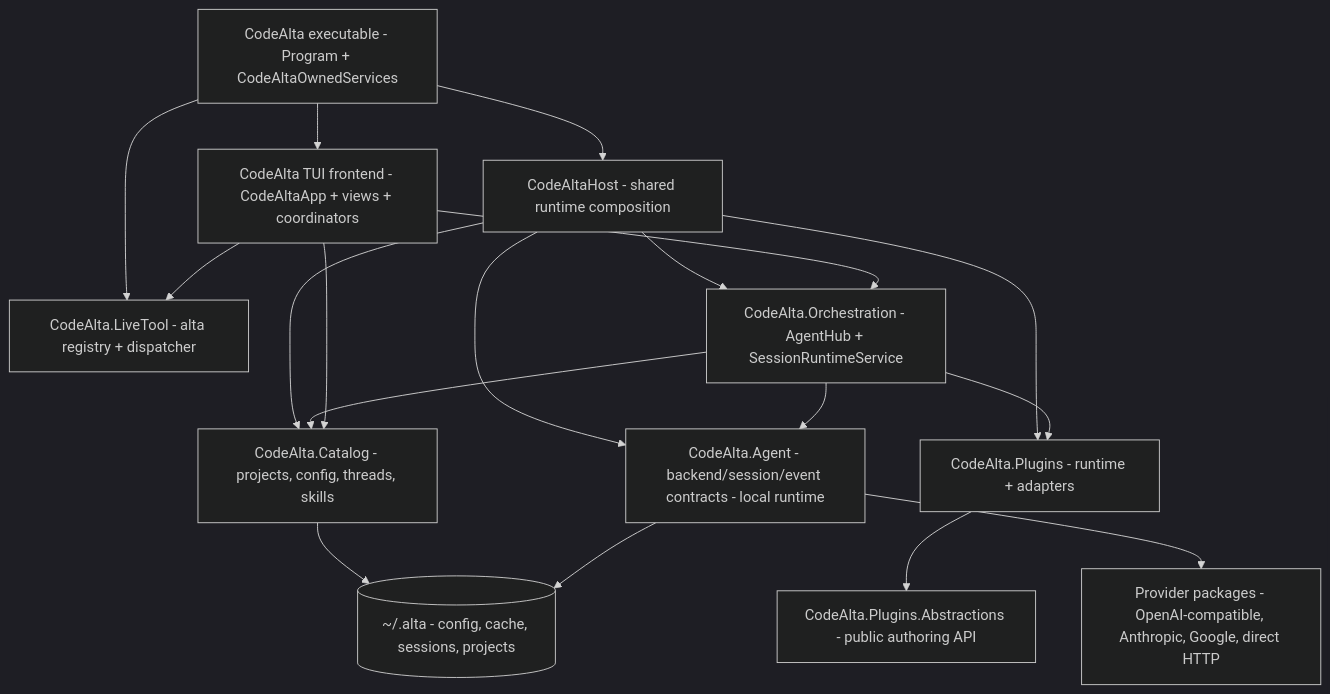
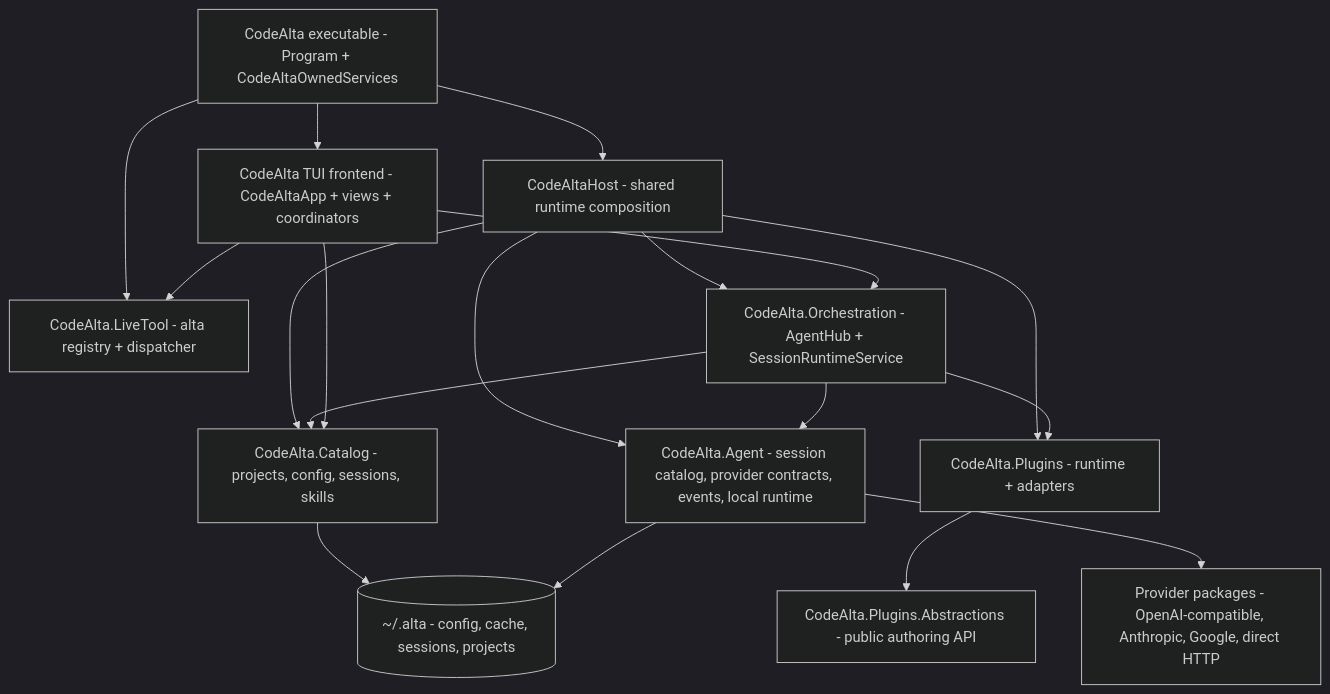
Before and after one commit to DavidAlphaFox/CodeAlta: the diagram in doc/readme.md, drawn with Mermaid (dark theme). The commit also changed other lines of this file and 80 other files, not shown here.

Commit message:
Update doc provider session terminology

````diff
--- a/doc/readme.md
+++ b/doc/readme.md
@@ -25,32 +25,32 @@
 ```mermaid
 flowchart TD
     Program[CodeAlta executable - Program + CodeAltaOwnedServices]
     Host[CodeAltaHost - shared runtime composition]
     Frontend[CodeAlta TUI frontend - CodeAltaApp + views + coordinators]
     LiveTool[CodeAlta.LiveTool - alta registry + dispatcher]
     Orchestration[CodeAlta.Orchestration - AgentHub + SessionRuntimeService]
-    Agent[CodeAlta.Agent - backend/session/event contracts - local runtime]
+    Agent[CodeAlta.Agent - session catalog, provider contracts, events, local runtime]
     Providers[Provider packages - OpenAI-compatible, Anthropic, Google, direct HTTP]
-    Catalog[CodeAlta.Catalog - projects, config, threads, skills]
+    Catalog[CodeAlta.Catalog - projects, config, sessions, skills]
     Plugins[CodeAlta.Plugins - runtime + adapters]
     PluginApi[CodeAlta.Plugins.Abstractions - public authoring API]
     State[(~/.alta - config, cache, sessions, projects)]
 
     Program --> Host
     Program --> Frontend
     Program --> LiveTool
     Host --> Catalog
     Host --> Plugins
     Host --> Orchestration
     Host --> Agent
     Orchestration --> Agent
     Orchestration --> Catalog
     Orchestration --> Plugins
     Agent --> Providers
     Frontend --> Orchestration
     Frontend --> Catalog
     Frontend --> LiveTool
     Plugins --> PluginApi
     Catalog --> State
     Agent --> State
 ```
````
